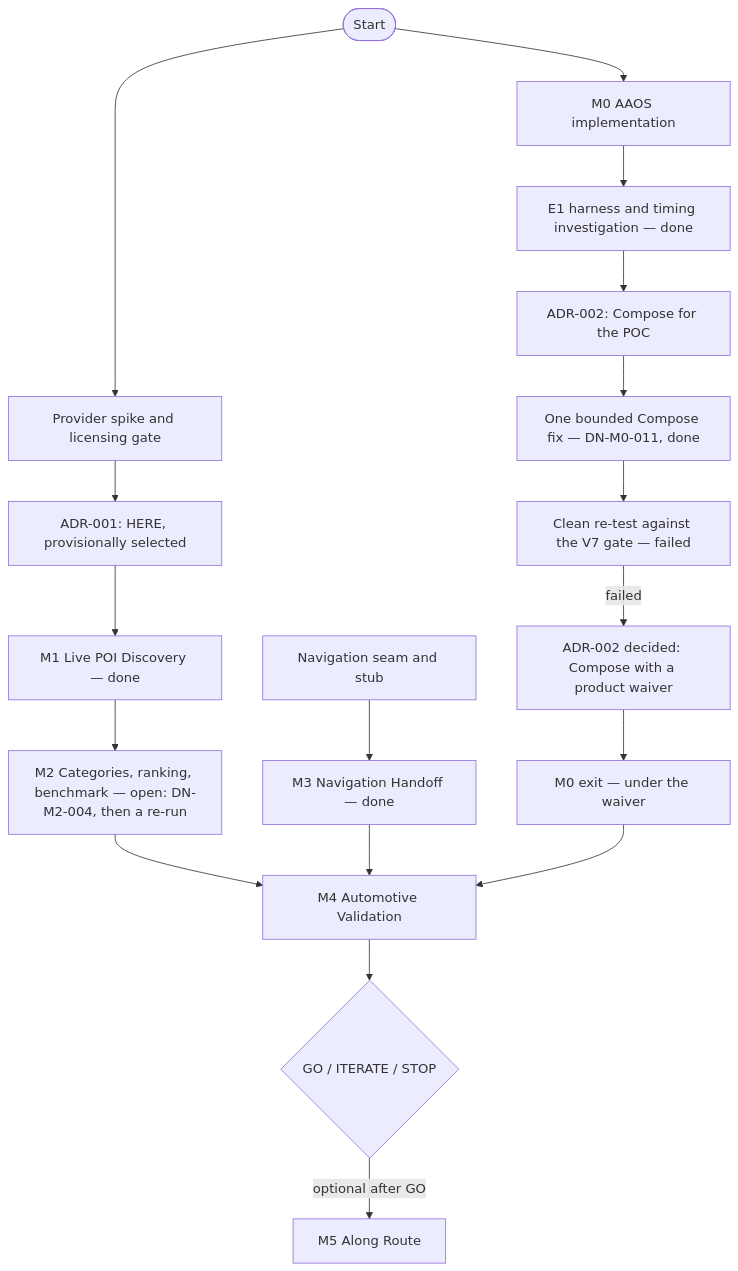
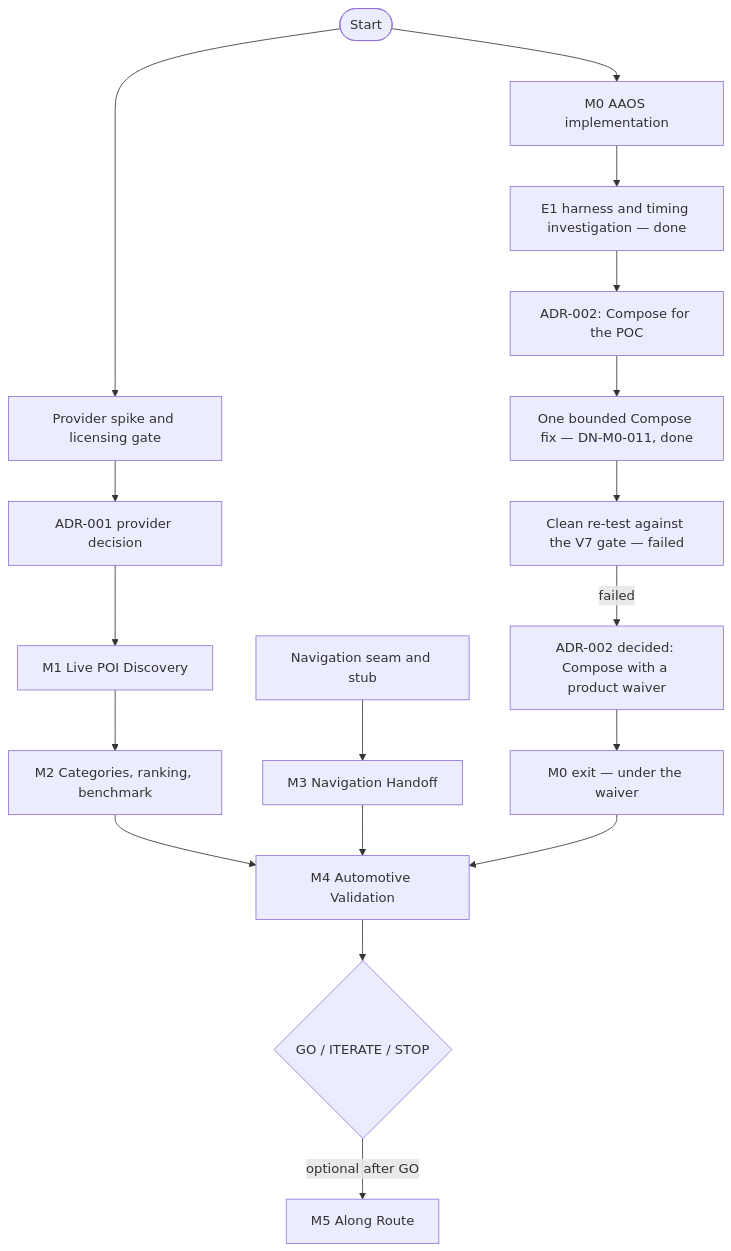
One commit to Kanyandula/DiscoverNearby changed the diagram in docs/05-discover-nearby-delivery-plan.md. Above: the diagram before and after it, drawn with Mermaid. The commit also changed other lines of this file and 7 other files, not shown here.

````diff
--- a/docs/05-discover-nearby-delivery-plan.md
+++ b/docs/05-discover-nearby-delivery-plan.md
@@ -330,20 +330,20 @@
 ```mermaid
 flowchart TD
     start([Start]) --> m0[M0 AAOS implementation]
     start --> spike[Provider spike and licensing gate]
     m0 --> e1[E1 harness and timing investigation — done]
     e1 --> adr2[ADR-002: Compose for the POC]
     adr2 --> uiwork[One bounded Compose fix — DN-M0-011, done]
     uiwork --> v7[Clean re-test against the V7 gate — failed]
     v7 -->|failed| waiver[ADR-002 decided: Compose with a product waiver]
     waiver --> m0exit[M0 exit — under the waiver]
-    spike --> adr1[ADR-001: HERE, provisionally selected]
-    adr1 --> m1[M1 Live POI Discovery — done]
-    m1 --> m2[M2 Categories, ranking, benchmark — open: DN-M2-004, then a re-run]
-    seam[Navigation seam and stub] --> m3[M3 Navigation Handoff — done]
+    spike --> adr1[ADR-001 provider decision]
+    adr1 --> m1[M1 Live POI Discovery]
+    m1 --> m2[M2 Categories, ranking, benchmark]
+    seam[Navigation seam and stub] --> m3[M3 Navigation Handoff]
     m2 --> m4[M4 Automotive Validation]
     m3 --> m4
     m0exit --> m4
     m4 --> go{GO / ITERATE / STOP}
     go -->|optional after GO| m5[M5 Along Route]
 ```
````
